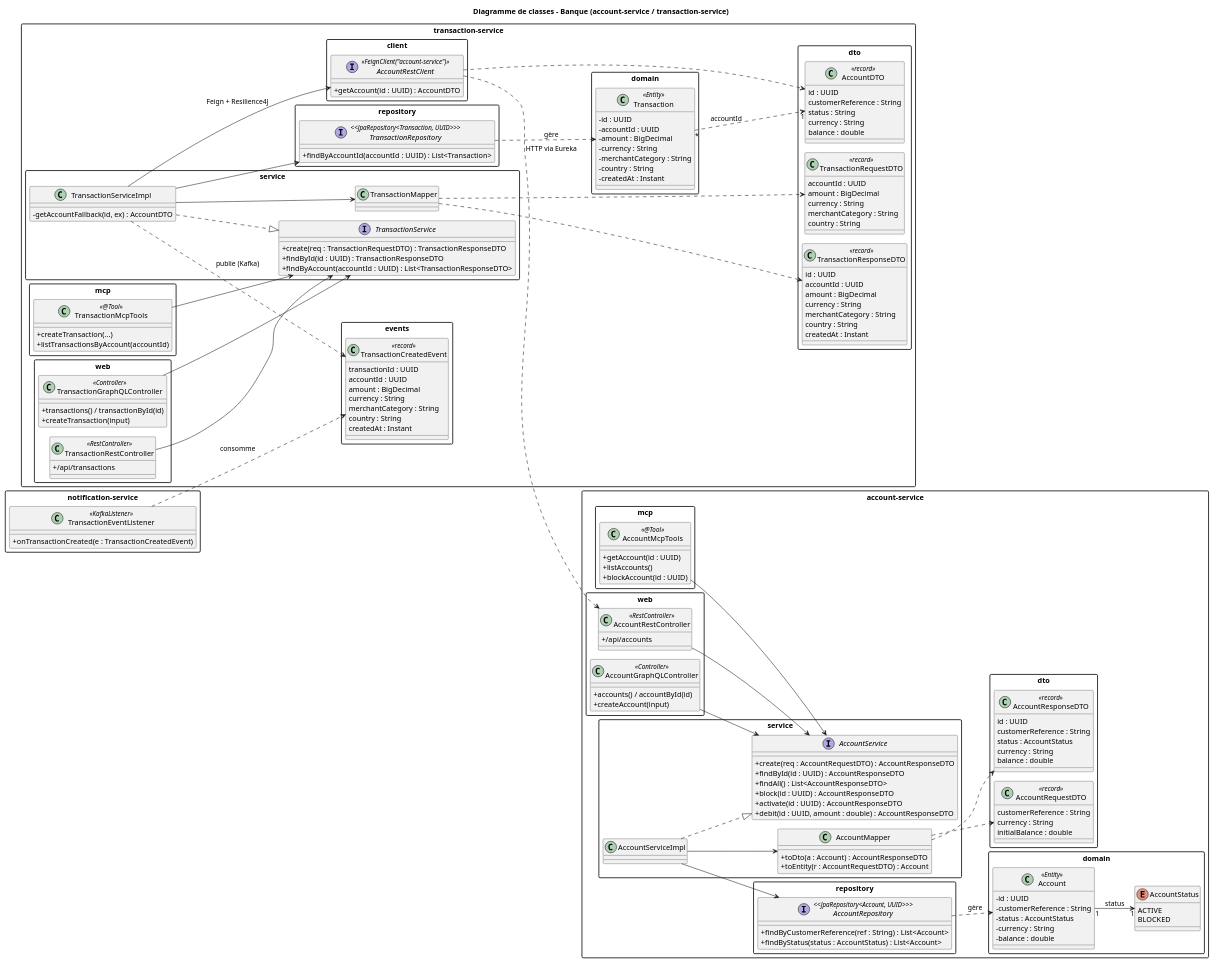
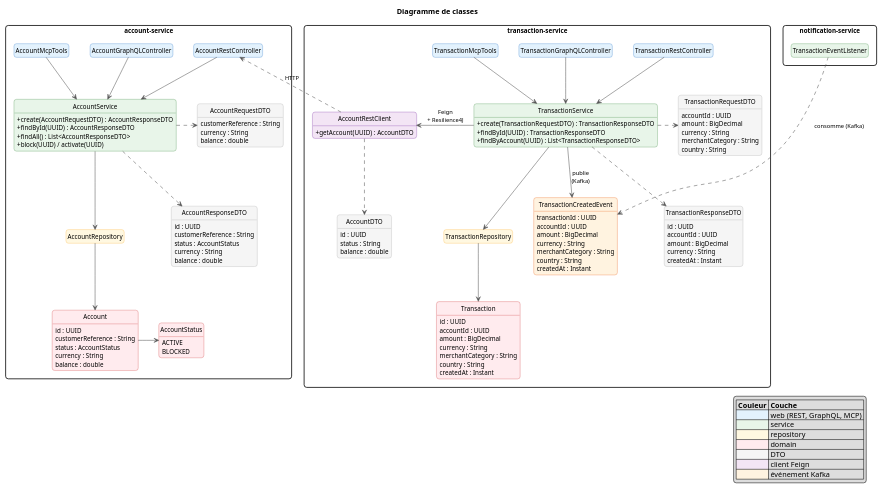
Before and after one commit to NAWAL-EL-AARAJ/el-aaraj-nawal-test-adria-pfe-27: the diagram in docs/class-diagram.puml, drawn with PlantUML. The commit also changed 4 other files, not shown here.

Commit message:
amelioration des diagrammes

```diff
--- a/docs/class-diagram.puml
+++ b/docs/class-diagram.puml
@@ -1,198 +1,196 @@
 @startuml class-diagram
-!pragma layout smetana
-title Diagramme de classes - Banque (account-service / transaction-service)
+title Diagramme de classes
+
+skinparam shadowing false
+skinparam defaultFontName Arial
+skinparam defaultFontSize 12
 skinparam classAttributeIconSize 0
 skinparam packageStyle rectangle
-skinparam shadowing false
-left to right direction
+skinparam roundCorner 10
+skinparam nodesep 40
+skinparam ranksep 50
+skinparam ArrowColor #555555
+skinparam ArrowFontSize 11
+skinparam class {
+  BorderColor #555555
+  HeaderBackgroundColor #FFFFFF
+}
+skinparam class<<web>> {
+  BackgroundColor #E3F2FD
+  BorderColor #1565C0
+}
+skinparam class<<service>> {
+  BackgroundColor #E8F5E9
+  BorderColor #2E7D32
+}
+skinparam class<<repository>> {
+  BackgroundColor #FFF8E1
+  BorderColor #F9A825
+}
+skinparam class<<entity>> {
+  BackgroundColor #FFEBEE
+  BorderColor #C62828
+}
+skinparam class<<dto>> {
+  BackgroundColor #F5F5F5
+  BorderColor #9E9E9E
+}
+skinparam class<<feign>> {
+  BackgroundColor #F3E5F5
+  BorderColor #6A1B9A
+}
+skinparam class<<event>> {
+  BackgroundColor #FFF3E0
+  BorderColor #E65100
+}
+hide empty members
+hide circle
+hide stereotype
 
+' =====================================================
 package "account-service" {
-  package "domain" as ad {
-    enum AccountStatus {
-      ACTIVE
-      BLOCKED
-    }
-    class Account <<Entity>> {
-      - id : UUID
-      - customerReference : String
-      - status : AccountStatus
-      - currency : String
-      - balance : double
-    }
+
+  class AccountRestController <<web>>
+  class AccountGraphQLController <<web>>
+  class AccountMcpTools <<web>>
+
+  class AccountService <<service>> {
+    + create(AccountRequestDTO) : AccountResponseDTO
+    + findById(UUID) : AccountResponseDTO
+    + findAll() : List<AccountResponseDTO>
+    + block(UUID) / activate(UUID)
   }
-  package "dto" as adto {
-    class AccountRequestDTO <<record>> {
-      customerReference : String
-      currency : String
-      initialBalance : double
-    }
-    class AccountResponseDTO <<record>> {
-      id : UUID
-      customerReference : String
-      status : AccountStatus
-      currency : String
-      balance : double
-    }
+
+  class AccountRepository <<repository>>
+
+  class Account <<entity>> {
+    id : UUID
+    customerReference : String
+    status : AccountStatus
+    currency : String
+    balance : double
   }
-  package "repository" as arepo {
-    interface AccountRepository <<JpaRepository<Account, UUID>>> {
-      + findByCustomerReference(ref : String) : List<Account>
-      + findByStatus(status : AccountStatus) : List<Account>
-    }
+
+  enum AccountStatus <<entity>> {
+    ACTIVE
+    BLOCKED
   }
-  package "service" as aserv {
-    interface AccountService {
-      + create(req : AccountRequestDTO) : AccountResponseDTO
-      + findById(id : UUID) : AccountResponseDTO
-      + findAll() : List<AccountResponseDTO>
-      + block(id : UUID) : AccountResponseDTO
-      + activate(id : UUID) : AccountResponseDTO
-      + debit(id : UUID, amount : double) : AccountResponseDTO
-    }
-    class AccountServiceImpl
-    class AccountMapper {
-      + toDto(a : Account) : AccountResponseDTO
-      + toEntity(r : AccountRequestDTO) : Account
-    }
+
+  class AccountRequestDTO <<dto>> {
+    customerReference : String
+    currency : String
+    balance : double
   }
-  package "web" as aweb {
-    class AccountRestController <<RestController>> {
-      + /api/accounts
-    }
-    class AccountGraphQLController <<Controller>> {
-      + accounts() / accountById(id)
-      + createAccount(input)
-    }
+  class AccountResponseDTO <<dto>> {
+    id : UUID
+    customerReference : String
+    status : AccountStatus
+    currency : String
+    balance : double
   }
-  package "mcp" as amcp {
-    class AccountMcpTools <<@Tool>> {
-      + getAccount(id : UUID)
-      + listAccounts()
-      + blockAccount(id : UUID)
-    }
-  }
+
+  AccountRestController -down-> AccountService
+  AccountGraphQLController -down-> AccountService
+  AccountMcpTools -down-> AccountService
+  AccountService -down-> AccountRepository
+  AccountRepository -down-> Account
+  Account -right-> AccountStatus
+
+  AccountService .right.> AccountRequestDTO
+  AccountService .right.> AccountResponseDTO
+  AccountRequestDTO -[hidden]down- AccountResponseDTO
 }
 
+' =====================================================
 package "transaction-service" {
-  package "domain" as td {
-    class Transaction <<Entity>> {
-      - id : UUID
-      - accountId : UUID
-      - amount : BigDecimal
-      - currency : String
-      - merchantCategory : String
-      - country : String
-      - createdAt : Instant
-    }
+
+  class TransactionRestController <<web>>
+  class TransactionGraphQLController <<web>>
+  class TransactionMcpTools <<web>>
+
+  class TransactionService <<service>> {
+    + create(TransactionRequestDTO) : TransactionResponseDTO
+    + findById(UUID) : TransactionResponseDTO
+    + findByAccount(UUID) : List<TransactionResponseDTO>
   }
-  package "dto" as tdto {
-    class TransactionRequestDTO <<record>> {
-      accountId : UUID
-      amount : BigDecimal
-      currency : String
-      merchantCategory : String
-      country : String
-    }
-    class TransactionResponseDTO <<record>> {
-      id : UUID
-      accountId : UUID
-      amount : BigDecimal
-      currency : String
-      merchantCategory : String
-      country : String
-      createdAt : Instant
-    }
-    class AccountDTO <<record>> {
-      id : UUID
-      customerReference : String
-      status : String
-      currency : String
-      balance : double
-    }
+
+  class TransactionRepository <<repository>>
+
+  class Transaction <<entity>> {
+    id : UUID
+    accountId : UUID
+    amount : BigDecimal
+    currency : String
+    merchantCategory : String
+    country : String
+    createdAt : Instant
   }
-  package "events" as tevt {
-    class TransactionCreatedEvent <<record>> {
-      transactionId : UUID
-      accountId : UUID
-      amount : BigDecimal
-      currency : String
-      merchantCategory : String
-      country : String
-      createdAt : Instant
-    }
+
+  class AccountRestClient <<feign>> {
+    + getAccount(UUID) : AccountDTO
   }
-  package "repository" as trepo {
-    interface TransactionRepository <<JpaRepository<Transaction, UUID>>> {
-      + findByAccountId(accountId : UUID) : List<Transaction>
-    }
+
+  class TransactionCreatedEvent <<event>> {
+    transactionId : UUID
+    accountId : UUID
+    amount : BigDecimal
+    currency : String
+    merchantCategory : String
+    country : String
+    createdAt : Instant
   }
-  package "client" as tcli {
-    interface AccountRestClient <<FeignClient("account-service")>> {
-      + getAccount(id : UUID) : AccountDTO
-    }
+
+  class TransactionRequestDTO <<dto>> {
+    accountId : UUID
+    amount : BigDecimal
+    currency : String
+    merchantCategory : String
+    country : String
   }
-  package "service" as tserv {
-    interface TransactionService {
-      + create(req : TransactionRequestDTO) : TransactionResponseDTO
-      + findById(id : UUID) : TransactionResponseDTO
-      + findByAccount(accountId : UUID) : List<TransactionResponseDTO>
-    }
-    class TransactionServiceImpl {
-      - getAccountFallback(id, ex) : AccountDTO
-    }
-    class TransactionMapper
+  class TransactionResponseDTO <<dto>> {
+    id : UUID
+    accountId : UUID
+    amount : BigDecimal
+    currency : String
+    createdAt : Instant
   }
-  package "web" as tweb {
-    class TransactionRestController <<RestController>> {
-      + /api/transactions
-    }
-    class TransactionGraphQLController <<Controller>> {
-      + transactions() / transactionById(id)
-      + createTransaction(input)
-    }
+  class AccountDTO <<dto>> {
+    id : UUID
+    status : String
+    balance : double
   }
-  package "mcp" as tmcp {
-    class TransactionMcpTools <<@Tool>> {
-      + createTransaction(...)
-      + listTransactionsByAccount(accountId)
-    }
-  }
+
+  TransactionRestController -down-> TransactionService
+  TransactionGraphQLController -down-> TransactionService
+  TransactionMcpTools -down-> TransactionService
+  TransactionService -down-> TransactionRepository
+  TransactionRepository -down-> Transaction
+
+  TransactionService .right.> TransactionRequestDTO
+  TransactionService .right.> TransactionResponseDTO
+  TransactionRequestDTO -[hidden]down- TransactionResponseDTO
+
+  TransactionService -left-> AccountRestClient : Feign\n+ Resilience4J
+  AccountRestClient .down.> AccountDTO
+  TransactionService -down-> TransactionCreatedEvent : publie\n(Kafka)
 }
 
+' =====================================================
 package "notification-service" {
-  class TransactionEventListener <<KafkaListener>> {
-    + onTransactionCreated(e : TransactionCreatedEvent)
-  }
+  class TransactionEventListener <<service>>
 }
 
-' --- account-service ---
-Account "1" --> "1" AccountStatus : status
-AccountRepository ..> Account : gère
-AccountServiceImpl ..|> AccountService
-AccountServiceImpl --> AccountRepository
-AccountServiceImpl --> AccountMapper
-AccountMapper ..> AccountRequestDTO
-AccountMapper ..> AccountResponseDTO
-AccountRestController --> AccountService
-AccountGraphQLController --> AccountService
-AccountMcpTools --> AccountService
+TransactionEventListener .[norank].> TransactionCreatedEvent : consomme (Kafka)
+AccountRestClient .[norank].> AccountRestController : HTTP
 
-' --- transaction-service ---
-Transaction "*" ..> "1" AccountDTO : accountId
-TransactionRepository ..> Transaction : gère
-TransactionServiceImpl ..|> TransactionService
-TransactionServiceImpl --> TransactionRepository
-TransactionServiceImpl --> AccountRestClient : Feign + Resilience4J
-TransactionServiceImpl --> TransactionMapper
-TransactionServiceImpl ..> TransactionCreatedEvent : publie (Kafka)
-TransactionMapper ..> TransactionRequestDTO
-TransactionMapper ..> TransactionResponseDTO
-AccountRestClient ..> AccountDTO
-TransactionRestController --> TransactionService
-TransactionGraphQLController --> TransactionService
-TransactionMcpTools --> TransactionService
-
-' --- inter-services ---
-AccountRestClient ..> AccountRestController : HTTP via Eureka
-TransactionEventListener ..> TransactionCreatedEvent : consomme
+legend right
+  |= Couleur |= Couche |
+  |<#E3F2FD>| web (REST, GraphQL, MCP) |
+  |<#E8F5E9>| service |
+  |<#FFF8E1>| repository |
+  |<#FFEBEE>| domain |
+  |<#F5F5F5>| DTO |
+  |<#F3E5F5>| client Feign |
+  |<#FFF3E0>| événement Kafka |
+endlegend
 @enduml
```
